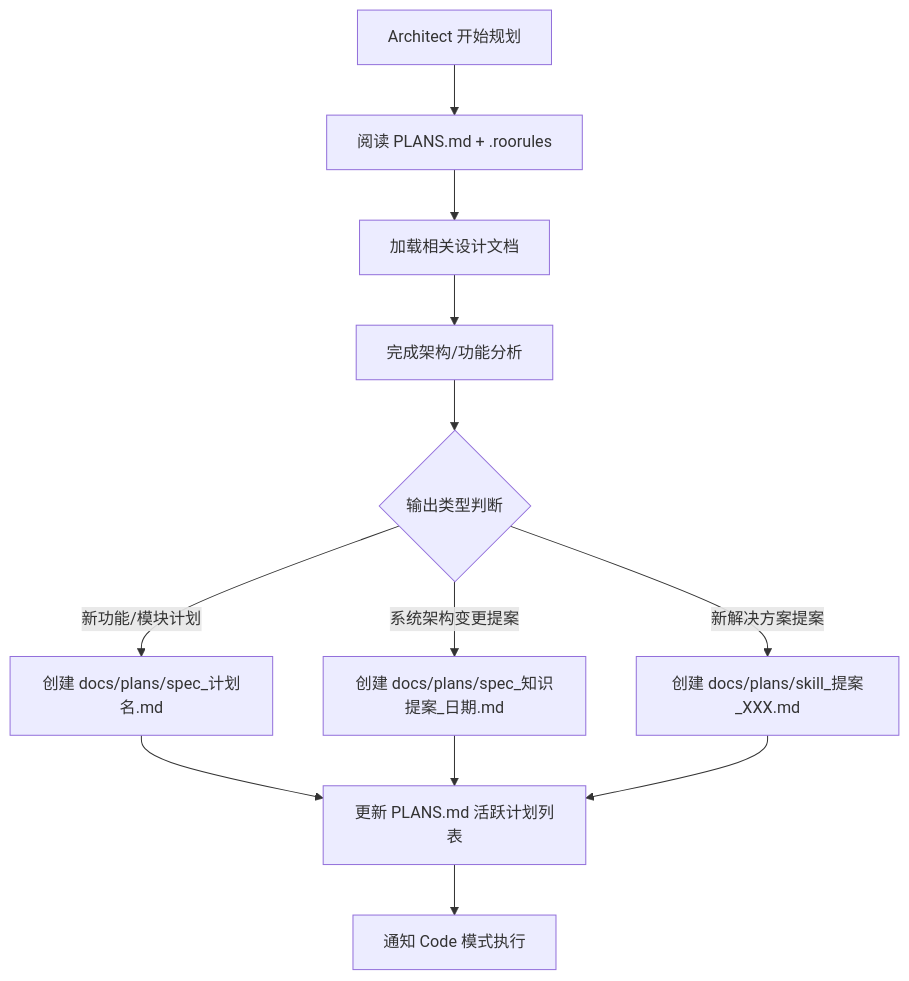
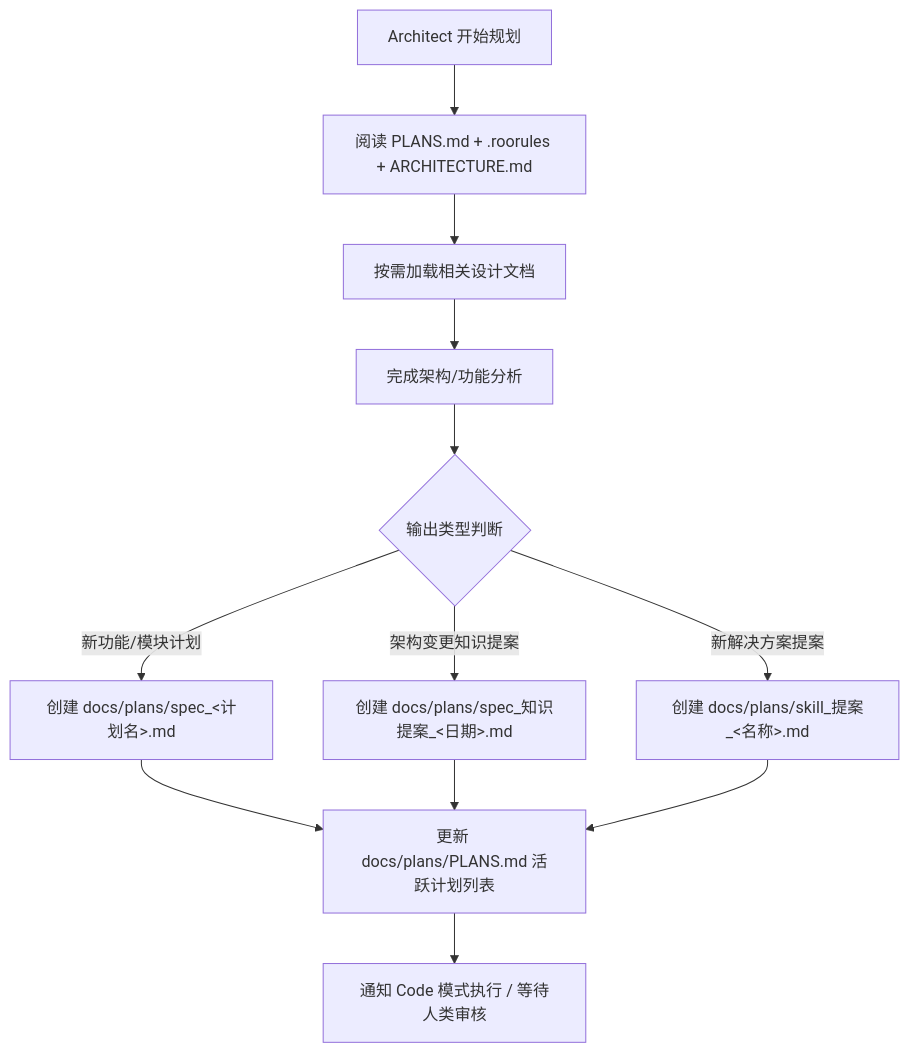
One commit to wzygio/vivo-project changed the diagram in .roo/rules-architect/harness-architecture.md. Above: the diagram before and after it, drawn with Mermaid. The commit also changed other lines of this file and 7 other files, not shown here.

````diff
--- a/.roo/rules-architect/harness-architecture.md
+++ b/.roo/rules-architect/harness-architecture.md
@@ -88,14 +94,14 @@
 ```mermaid
 flowchart TD
-    A[Architect 开始规划] --> B[阅读 PLANS.md + .roorules]
-    B --> C[加载相关设计文档]
+    A[Architect 开始规划] --> B[阅读 PLANS.md + .roorules + ARCHITECTURE.md]
+    B --> C[按需加载相关设计文档]
     C --> D[完成架构/功能分析]
     D --> E{输出类型判断}
-    E -->|新功能/模块计划| F[创建 docs/plans/spec_计划名.md]
-    E -->|系统架构变更提案| G[创建 docs/plans/spec_知识提案_日期.md]
-    E -->|新解决方案提案| H[创建 docs/plans/skill_提案_XXX.md]
-    F --> I[更新 PLANS.md 活跃计划列表]
+    E -->|新功能/模块计划| F[创建 docs/plans/spec_<计划名>.md]
+    E -->|架构变更知识提案| G[创建 docs/plans/spec_知识提案_<日期>.md]
+    E -->|新解决方案提案| H[创建 docs/plans/skill_提案_<名称>.md]
+    F --> I[更新 docs/plans/PLANS.md 活跃计划列表]
     G --> I
     H --> I
-    I --> J[通知 Code 模式执行]
+    I --> J[通知 Code 模式执行 / 等待人类审核]
 ```
````
